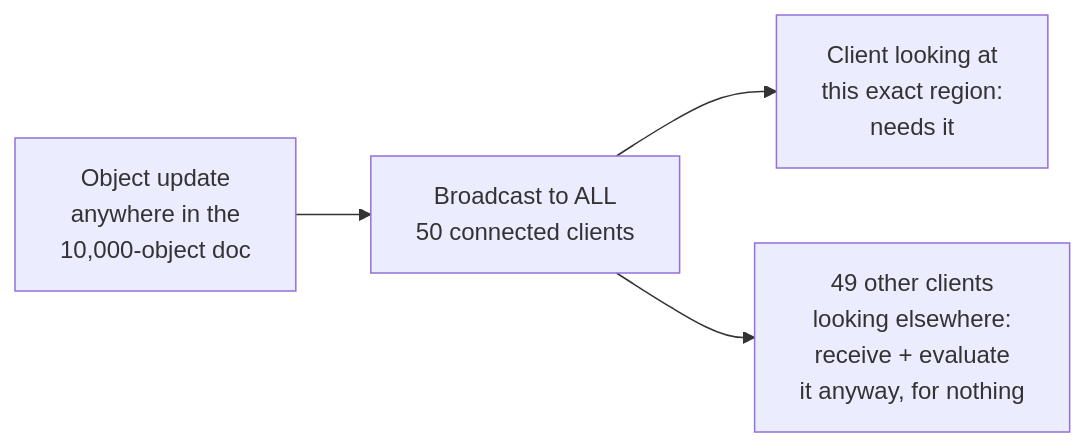
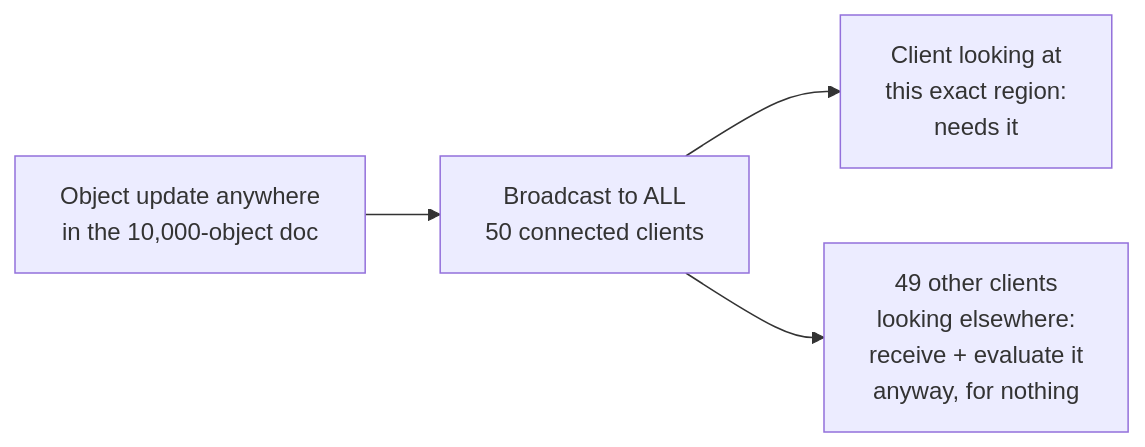
The second of 14 diagrams in system-design/HLD/0-course/55-Design-a-Real-Time-Collaborative-Canvas-Figma-FAANG-Guide-story.md (riyaz-pasha/Learnings), drawn with Mermaid before and after one commit. The commit also changed other lines of this file and 1 other file, not shown here.

Commit message:
[REWRITE] Real-Time Collaborative Canvas Figma story guide: simplify prose, add structure, fix diagrams

````diff
--- a/system-design/HLD/0-course/55-Design-a-Real-Time-Collaborative-Canvas-Figma-FAANG-Guide-story.md
+++ b/system-design/HLD/0-course/55-Design-a-Real-Time-Collaborative-Canvas-Figma-FAANG-Guide-story.md
@@ -47,6 +116,6 @@
 ```mermaid
 flowchart LR
-    A["Object update\nanywhere in the\n10,000-object doc"] --> B["Broadcast to ALL\n50 connected clients"]
-    B --> C1["Client looking at\nthis exact region:\nneeds it"]
-    B --> C2["49 other clients\nlooking elsewhere:\nreceive + evaluate\nit anyway, for nothing"]
+    A["Object update anywhere<br/>in the 10,000-object doc"] --> B["Broadcast to ALL<br/>50 connected clients"]
+    B --> C1["Client looking at<br/>this exact region:<br/>needs it"]
+    B --> C2["49 other clients<br/>looking elsewhere:<br/>receive + evaluate it<br/>anyway, for nothing"]
 ```
````
